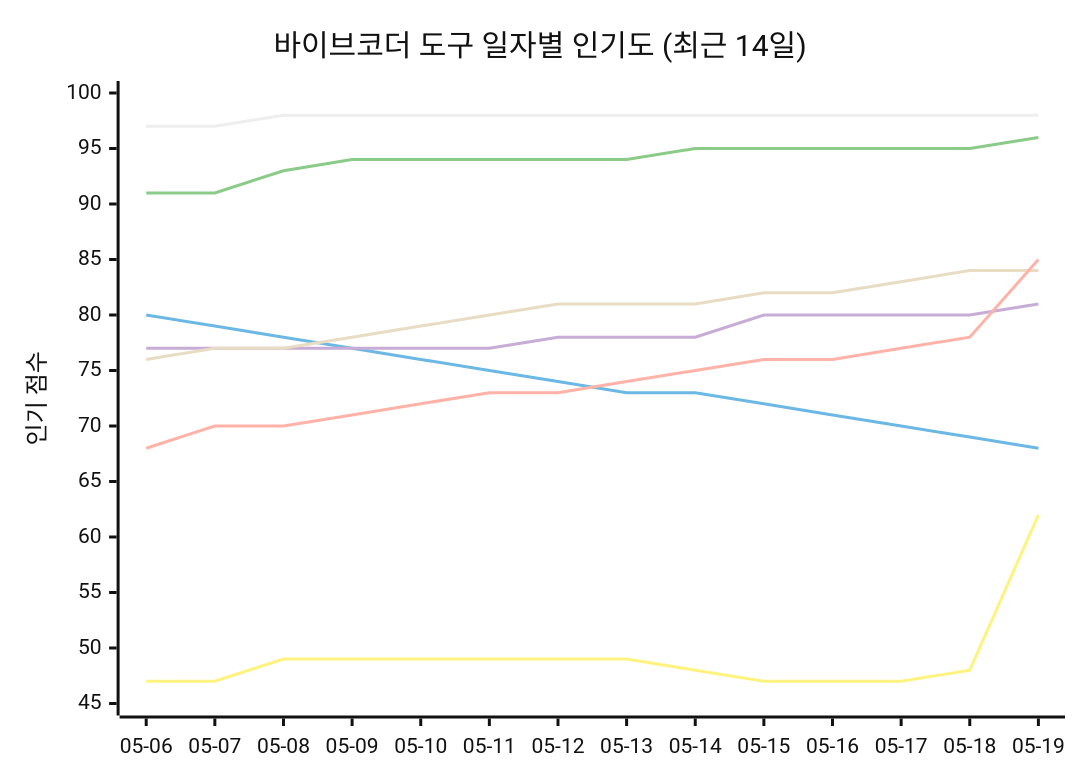
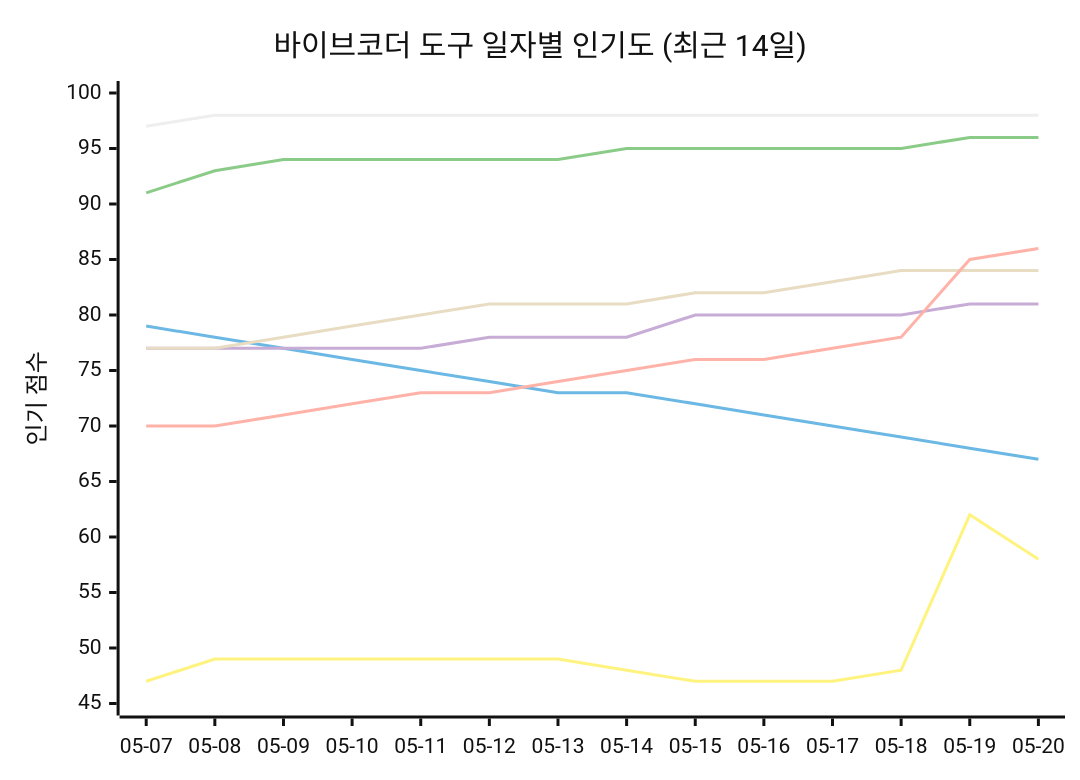
Before and after one commit to tykimos/ai-whatchelin: the seventh of 11 diagrams in README_ko.md, drawn with Mermaid (neutral theme). The commit also changed other lines of this file and 4 other files, not shown here.

````diff
--- a/README_ko.md
+++ b/README_ko.md
@@ -843,13 +857,13 @@
 ```mermaid
 xychart-beta
     title "바이브코더 도구 일자별 인기도 (최근 14일)"
-    x-axis ["05-06", "05-07", "05-08", "05-09", "05-10", "05-11", "05-12", "05-13", "05-14", "05-15", "05-16", "05-17", "05-18", "05-19"]
+    x-axis ["05-07", "05-08", "05-09", "05-10", "05-11", "05-12", "05-13", "05-14", "05-15", "05-16", "05-17", "05-18", "05-19", "05-20"]
     y-axis "인기 점수" 45 --> 100
-    line "Claude Code" [97, 97, 98, 98, 98, 98, 98, 98, 98, 98, 98, 98, 98, 98]
-    line "GH Copilot" [80, 79, 78, 77, 76, 75, 74, 73, 73, 72, 71, 70, 69, 68]
-    line "Cursor" [91, 91, 93, 94, 94, 94, 94, 94, 95, 95, 95, 95, 95, 96]
-    line "Windsurf" [77, 77, 77, 77, 77, 77, 78, 78, 78, 80, 80, 80, 80, 81]
-    line "Codex CLI" [76, 77, 77, 78, 79, 80, 81, 81, 81, 82, 82, 83, 84, 84]
-    line "Gemini CLI" [68, 70, 70, 71, 72, 73, 73, 74, 75, 76, 76, 77, 78, 85]
-    line "Antigravity" [47, 47, 49, 49, 49, 49, 49, 49, 48, 47, 47, 47, 48, 62]
+    line "Claude Code" [97, 98, 98, 98, 98, 98, 98, 98, 98, 98, 98, 98, 98, 98]
+    line "GH Copilot" [79, 78, 77, 76, 75, 74, 73, 73, 72, 71, 70, 69, 68, 67]
+    line "Cursor" [91, 93, 94, 94, 94, 94, 94, 95, 95, 95, 95, 95, 96, 96]
+    line "Windsurf" [77, 77, 77, 77, 77, 78, 78, 78, 80, 80, 80, 80, 81, 81]
+    line "Codex CLI" [77, 77, 78, 79, 80, 81, 81, 81, 82, 82, 83, 84, 84, 84]
+    line "Gemini CLI" [70, 70, 71, 72, 73, 73, 74, 75, 76, 76, 77, 78, 85, 86]
+    line "Antigravity" [47, 49, 49, 49, 49, 49, 49, 48, 47, 47, 47, 48, 62, 58]
 ```
````
